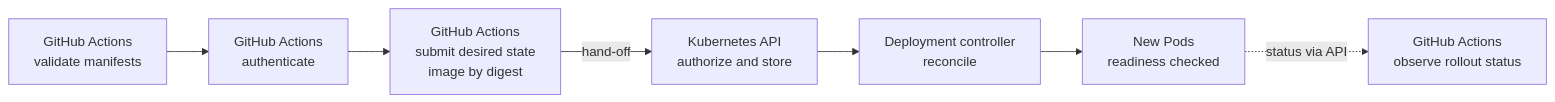
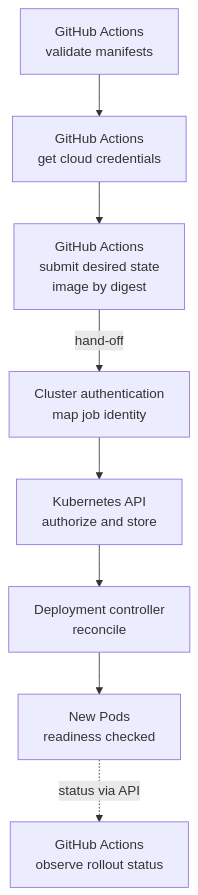
One commit to David-A18/MY-humble-knowledge-for-everyone changed the diagram in knowledge/cross-topic-guides/github-actions-with-kubernetes.md. Above: the diagram before and after it, drawn with Mermaid. The commit also changed other lines of this file and 7 other files, not shown here.

````diff
--- a/knowledge/cross-topic-guides/github-actions-with-kubernetes.md
+++ b/knowledge/cross-topic-guides/github-actions-with-kubernetes.md
@@ -69,13 +81,14 @@
 ```mermaid
-flowchart LR
+flowchart TB
   val["GitHub Actions<br/>validate manifests"]
-  auth["GitHub Actions<br/>authenticate"]
+  auth["GitHub Actions<br/>get cloud credentials"]
   submit["GitHub Actions<br/>submit desired state<br/>image by digest"]
+  map["Cluster authentication<br/>map job identity"]
   api["Kubernetes API<br/>authorize and store"]
   ctl["Deployment controller<br/>reconcile"]
   pods["New Pods<br/>readiness checked"]
   obs["GitHub Actions<br/>observe rollout status"]
   val --> auth --> submit
-  submit -- "hand-off" --> api --> ctl --> pods
+  submit -- "hand-off" --> map --> api --> ctl --> pods
   pods -. "status via API" .-> obs
 ```
````
